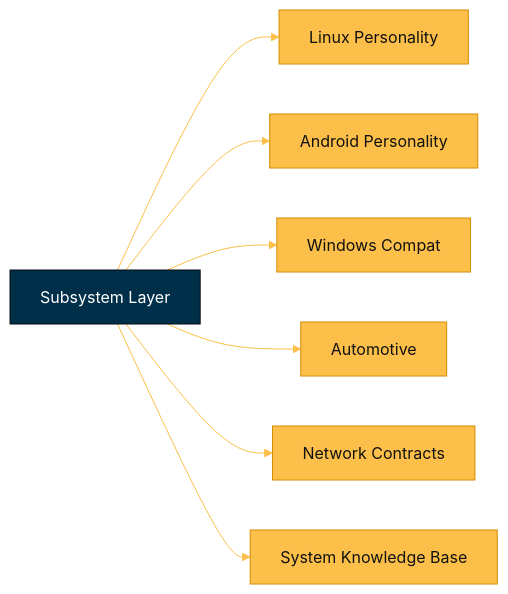
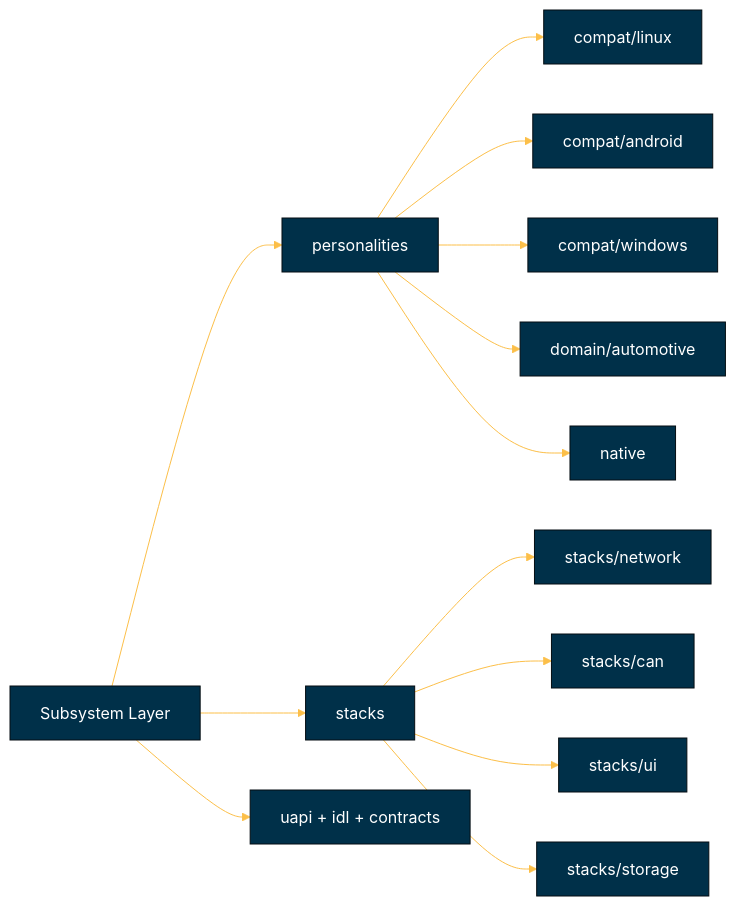
The diagram in docs/architecture/components/subsystem-subcomponents-architecture.md (CloudCarpentry/Bharat-OS), drawn with Mermaid before and after one commit. The commit also changed other lines of this file and 884 other files, not shown here.

````diff
--- a/docs/architecture/components/subsystem-subcomponents-architecture.md
+++ b/docs/architecture/components/subsystem-subcomponents-architecture.md
@@ -7,20 +7,18 @@
 ```mermaid
 %%{init: {'theme':'base','themeVariables':{'primaryColor':'#003049','primaryTextColor':'#ffffff','lineColor':'#fcbf49','fontFamily':'Inter'}}}%%
 graph LR
-    S[Subsystem Layer] --> LNX[Linux Personality]
-    S --> AND[Android Personality]
-    S --> WIN[Windows Compat]
-    S --> AUTO[Automotive]
-    S --> NETC[Network Contracts]
-    S --> SKB[System Knowledge Base]
+    S[Subsystem Layer] --> PERS[personalities]
+    S --> STACKS[stacks]
+    S --> CONTRACTS[uapi + idl + contracts]
 
-    classDef partial fill:#fcbf49,stroke:#d68c00,color:#111;
-    classDef scaffold fill:#d62828,stroke:#9b1c1c,color:#fff;
+    PERS --> LINUX[compat/linux]
+    PERS --> ANDROID[compat/android]
+    PERS --> WINDOWS[compat/windows]
+    PERS --> AUTO[domain/automotive]
+    PERS --> NATIVE[native]
 
-    LNX:::partial
-    AND:::partial
-    WIN:::partial
-    AUTO:::partial
-    NETC:::partial
-    SKB:::partial
+    STACKS --> NET[stacks/network]
+    STACKS --> CAN[stacks/can]
+    STACKS --> UI[stacks/ui]
+    STACKS --> STORAGE[stacks/storage]
 ```
````
